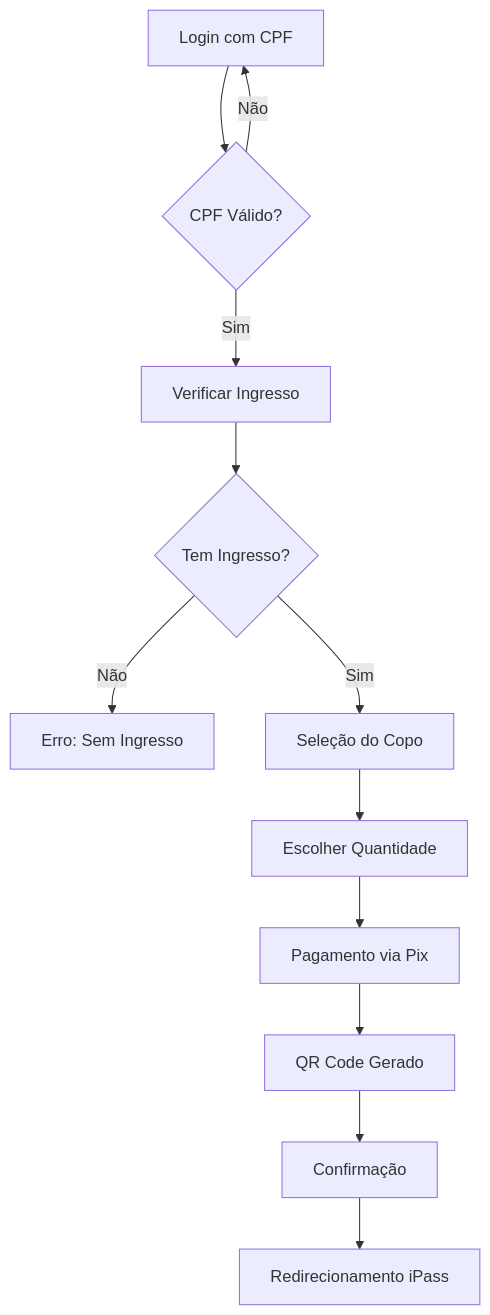
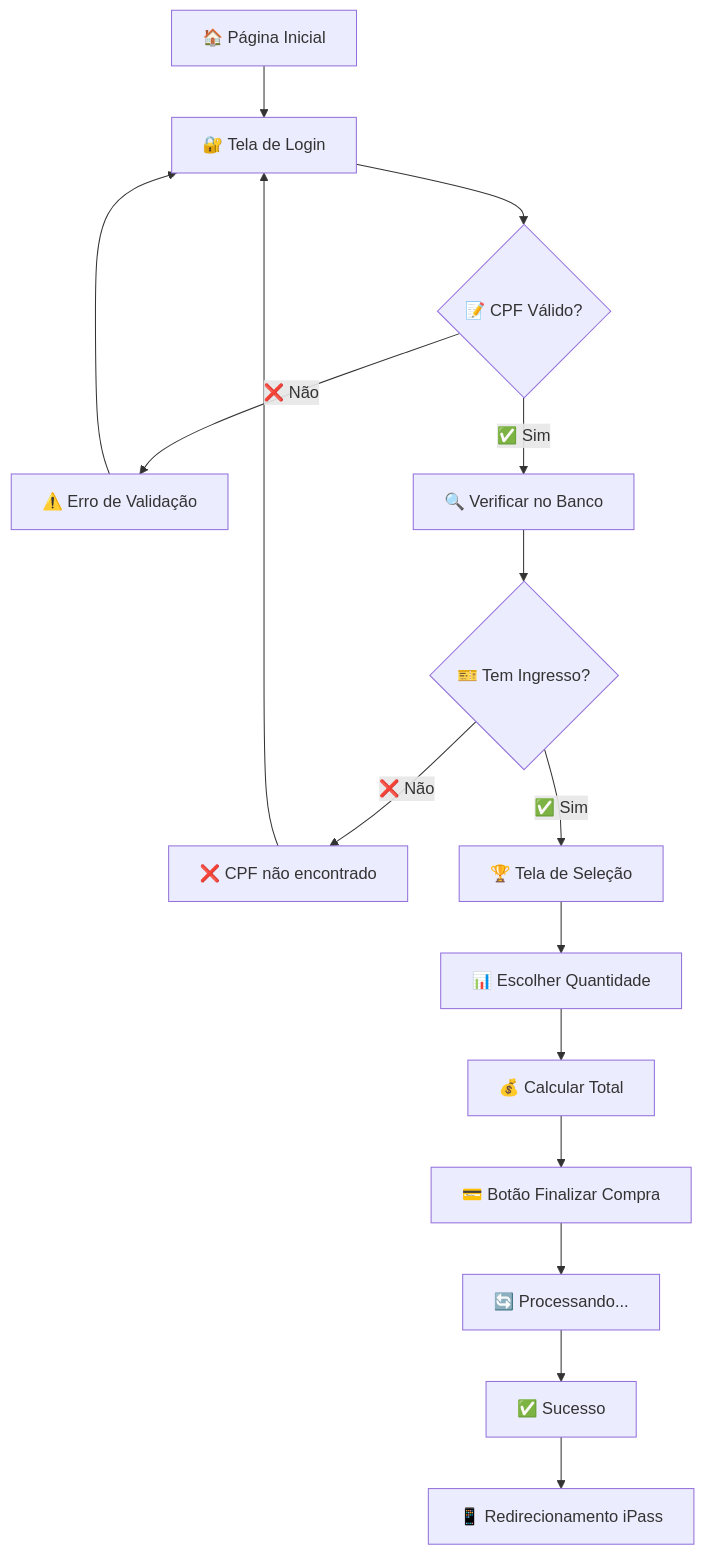
One commit to LuisCarlos01/iPass-Copos changed the diagram in README.md. Above: the diagram before and after it, drawn with Mermaid. The commit also changed other lines of this file and 15 other files, not shown here.

````diff
--- a/README.md
+++ b/README.md
@@ -96,14 +221,18 @@
 ```mermaid
 graph TD
-    A[Login com CPF] --> B{CPF Válido?}
-    B -->|Não| A
-    B -->|Sim| C[Verificar Ingresso]
-    C --> D{Tem Ingresso?}
-    D -->|Não| E[Erro: Sem Ingresso]
-    D -->|Sim| F[Seleção do Copo]
-    F --> G[Escolher Quantidade]
-    G --> H[Pagamento via Pix]
-    H --> I[QR Code Gerado]
-    I --> J[Confirmação]
-    J --> K[Redirecionamento iPass]
+    A[🏠 Página Inicial] --> B[🔐 Tela de Login]
+    B --> C{📝 CPF Válido?}
+    C -->|❌ Não| D[⚠️ Erro de Validação]
+    D --> B
+    C -->|✅ Sim| E[🔍 Verificar no Banco]
+    E --> F{🎫 Tem Ingresso?}
+    F -->|❌ Não| G[❌ CPF não encontrado]
+    G --> B
+    F -->|✅ Sim| H[🏆 Tela de Seleção]
+    H --> I[📊 Escolher Quantidade]
+    I --> J[💰 Calcular Total]
+    J --> K[💳 Botão Finalizar Compra]
+    K --> L[🔄 Processando...]
+    L --> M[✅ Sucesso]
+    M --> N[📱 Redirecionamento iPass]
 ```
````
